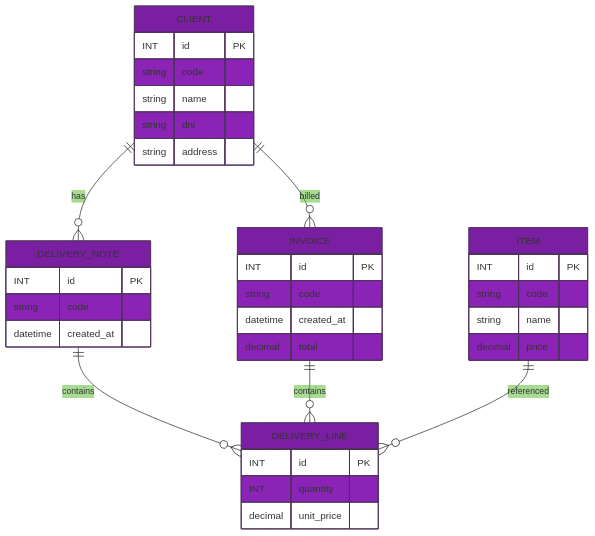
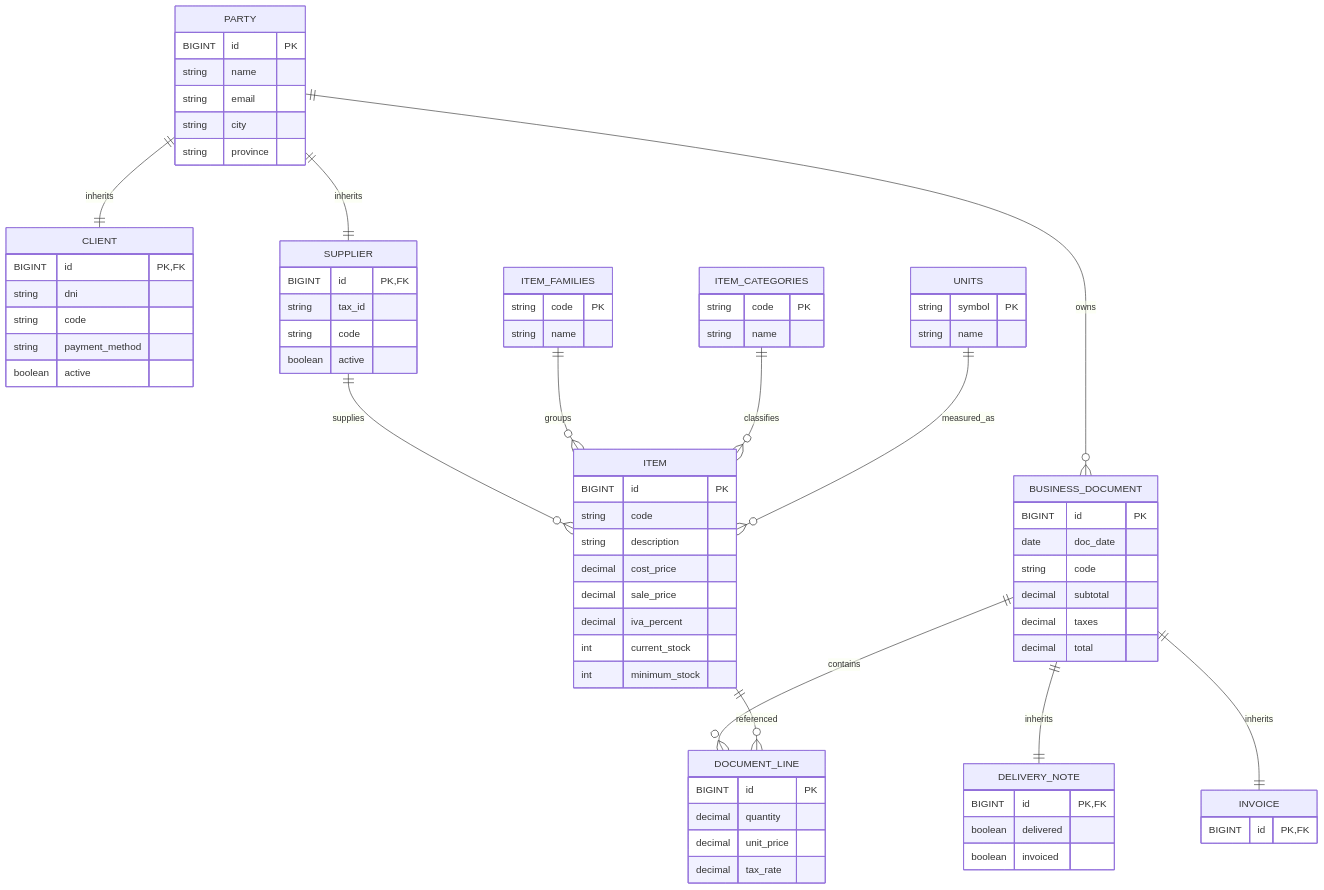
The diagram in docs/SCHEMA.mmd (albagil-mp3/Hibernate), drawn with Mermaid before and after one commit. The commit also changed 9 other files, not shown here.

```diff
--- a/docs/SCHEMA.mmd
+++ b/docs/SCHEMA.mmd
@@ -1,37 +1,89 @@
-%%{init: { 'theme': 'base', 'themeVariables': { 'primaryColor': '#7B1FA2', 'edgeLabelBackground':'#ffffff' }}}%%
 erDiagram
+    PARTY {
+        BIGINT id PK
+        string name
+        string email
+        string city
+        string province
+    }
+
     CLIENT {
-        INT id PK
+        BIGINT id PK,FK
+        string dni
         string code
+        string payment_method
+        boolean active
+    }
+
+    SUPPLIER {
+        BIGINT id PK,FK
+        string tax_id
+        string code
+        boolean active
+    }
+
+    ITEM_FAMILIES {
+        string code PK
         string name
-        string dni
-        string address
     }
+
+    ITEM_CATEGORIES {
+        string code PK
+        string name
+    }
+
+    UNITS {
+        string symbol PK
+        string name
+    }
+
     ITEM {
-        INT id PK
+        BIGINT id PK
         string code
-        string name
-        decimal price
+        string description
+        decimal cost_price
+        decimal sale_price
+        decimal iva_percent
+        int current_stock
+        int minimum_stock
     }
-    DELIVERY_NOTE {
-        INT id PK
+
+    BUSINESS_DOCUMENT {
+        BIGINT id PK
+        date doc_date
         string code
-        datetime created_at
-    }
-    DELIVERY_LINE {
-        INT id PK
-        INT quantity
-        decimal unit_price
-    }
-    INVOICE {
-        INT id PK
-        string code
-        datetime created_at
+        decimal subtotal
+        decimal taxes
         decimal total
     }
 
-    CLIENT ||--o{ DELIVERY_NOTE : has
-    CLIENT ||--o{ INVOICE : billed
-    DELIVERY_NOTE ||--o{ DELIVERY_LINE : contains
-    INVOICE ||--o{ DELIVERY_LINE : contains
-    ITEM ||--o{ DELIVERY_LINE : referenced
+    DELIVERY_NOTE {
+        BIGINT id PK,FK
+        boolean delivered
+        boolean invoiced
+    }
+
+    INVOICE {
+        BIGINT id PK,FK
+    }
+
+    DOCUMENT_LINE {
+        BIGINT id PK
+        decimal quantity
+        decimal unit_price
+        decimal tax_rate
+    }
+
+    PARTY ||--|| CLIENT : inherits
+    PARTY ||--|| SUPPLIER : inherits
+
+    PARTY ||--o{ BUSINESS_DOCUMENT : owns
+    BUSINESS_DOCUMENT ||--|| DELIVERY_NOTE : inherits
+    BUSINESS_DOCUMENT ||--|| INVOICE : inherits
+    BUSINESS_DOCUMENT ||--o{ DOCUMENT_LINE : contains
+
+    ITEM ||--o{ DOCUMENT_LINE : referenced
+    SUPPLIER ||--o{ ITEM : supplies
+    ITEM_FAMILIES ||--o{ ITEM : groups
+    ITEM_CATEGORIES ||--o{ ITEM : classifies
+    UNITS ||--o{ ITEM : measured_as
```
